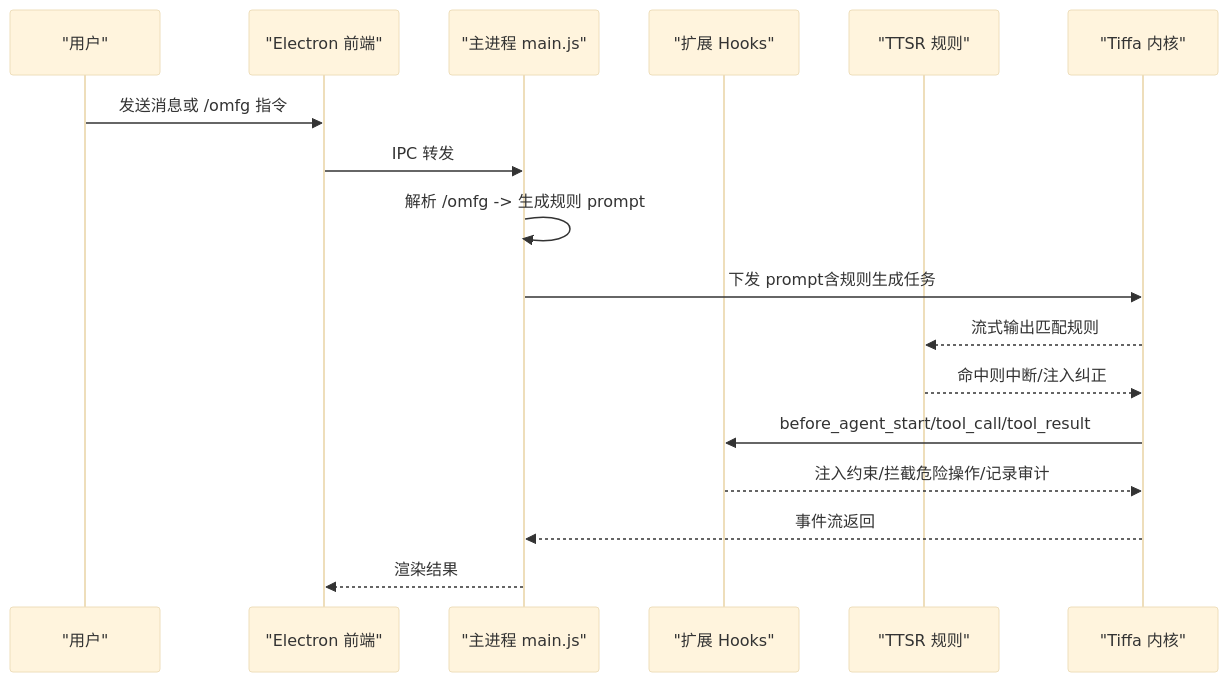
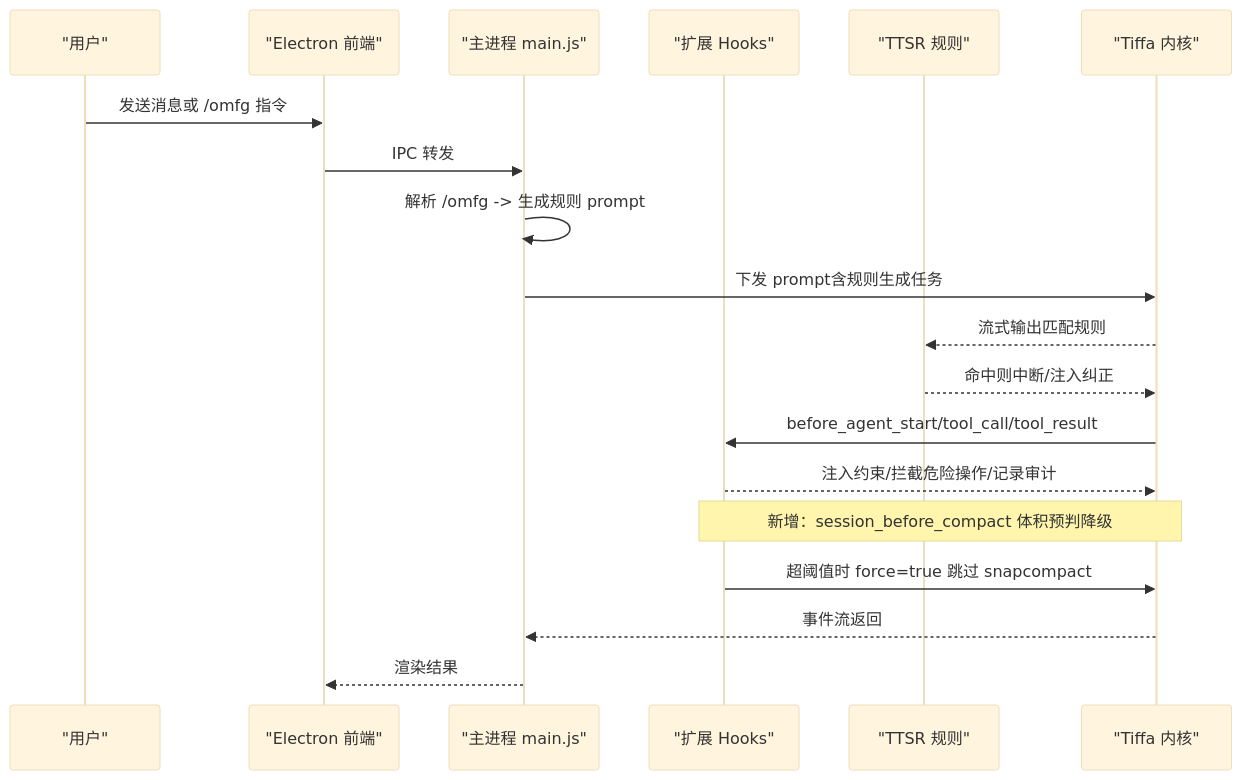
Before and after one commit to swond-Mao/Tiffa: the second of 5 diagrams in .qoder/repowiki/zh/content/约束系统/安全策略与配置.md, drawn with Mermaid (base theme). The commit also changed other lines of this file and 25 other files, not shown here.

````diff
--- a/.qoder/repowiki/zh/content/约束系统/安全策略与配置.md
+++ b/.qoder/repowiki/zh/content/约束系统/安全策略与配置.md
@@ -82,19 +94,21 @@
 ```mermaid
 sequenceDiagram
 participant U as "用户"
 participant E as "Electron 前端"
 participant M as "主进程 main.js"
 participant X as "扩展 Hooks"
 participant R as "TTSR 规则"
 participant A as "Tiffa 内核"
 U->>E : 发送消息或 /omfg 指令
 E->>M : IPC 转发
 M->>M : 解析 /omfg -> 生成规则 prompt
 M->>A : 下发 prompt含规则生成任务
 A-->>R : 流式输出匹配规则
 R-->>A : 命中则中断/注入纠正
 A->>X : before_agent_start/tool_call/tool_result
 X-->>A : 注入约束/拦截危险操作/记录审计
+Note over X,A : 新增：session_before_compact 体积预判降级
+X->>A : 超阈值时 force=true 跳过 snapcompact
 A-->>M : 事件流返回
 M-->>E : 渲染结果
 ```
````
